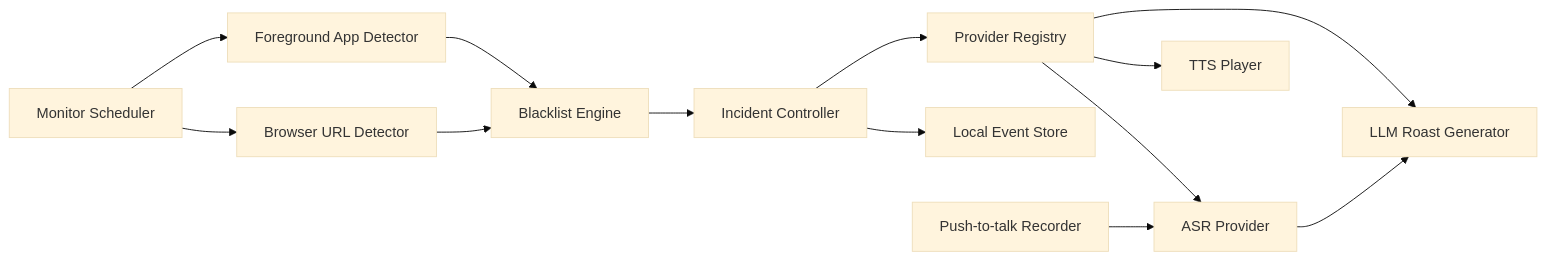
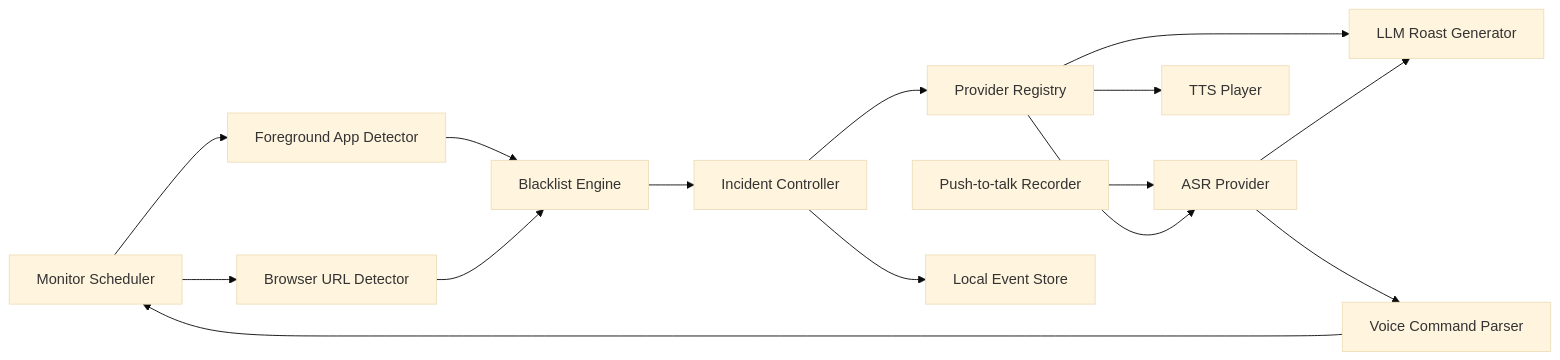
Before and after one commit to FerryCorleone/Hunter: the diagram in docs/PRD.md, drawn with Mermaid (base theme). The commit also changed other lines of this file and 8 other files, not shown here.

````diff
--- a/docs/PRD.md
+++ b/docs/PRD.md
@@ -191,15 +205,17 @@
 ```mermaid
 flowchart LR
   A["Monitor Scheduler"] --> B["Foreground App Detector"]
   A --> C["Browser URL Detector"]
   B --> D["Blacklist Engine"]
   C --> D
+  I["Push-to-talk Recorder"] --> J["ASR Provider"]
+  J --> Q["Voice Command Parser"]
+  Q --> A
   D --> E["Incident Controller"]
   E --> P["Provider Registry"]
   P --> F["LLM Roast Generator"]
   P --> G["TTS Player"]
   E --> H["Local Event Store"]
-  I["Push-to-talk Recorder"] --> J["ASR Provider"]
   P --> J
   J --> F
 ```
````
